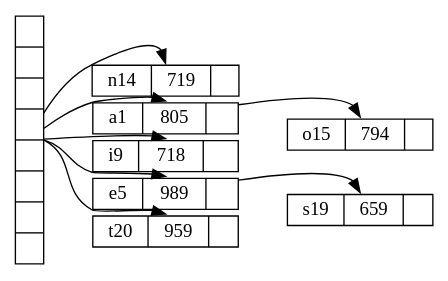
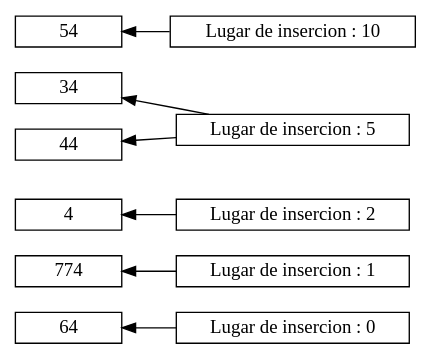
Before and after one commit to SergioMenaQuispe/visualizador: the diagram in hash/hash.dot, drawn with Graphviz. The commit also changed 1 other file, not shown here.

Commit message:
Hash Mejorado (Prince Mariños)

```diff
--- a/hash/hash.dot
+++ b/hash/hash.dot
@@ -1,27 +1,13 @@
-digraph hash {
-nodesep=.05;
-rankdir=LR;
-
-node [shape=record,width=.1,height=.1];
+digraph Hash { 
+ 	rankdir="RL" 
+ 	node [shape=record,width=.1,height=.1]
  
-
-node0 [label = " | | | | | | | ",height=2.0];
-node [width = 1.5];
-node1 [label = "{ n14 | 719 | }"];
-node2 [label = "{ a1 | 805 | }"];
-node3 [label = "{ i9 | 718 | }"];
-node4 [label = "{ e5 | 989 | }"];
-node5 [label = "{ t20 | 959 | }"] ;
-node6 [label = "{ o15 | 794 | }"] ;
-node7 [label = "{ s19 | 659 | }"] ;
-
- 
-node0:f0 -> node1:n;
-node0:f1 -> node2:n;
-node0:f2 -> node3:n;
-node0:f5 -> node4:n;
-node0:f6 -> node5:n;
-node2:p -> node6:n;
-node4:p -> node7:n;
-
-}
+ node [shape=record,width=1.1,height=.1];
+	node0A[label =  " Lugar de insercion : 0 " ,width=1.5]
+ node0A->64	node1A[label =  " Lugar de insercion : 1 " ,width=1.5]
+ node1A->774	node2A[label =  " Lugar de insercion : 2 " ,width=1.5]
+ node2A->4	node5A[label =  " Lugar de insercion : 5 " ,width=1.5]
+ node5A->34	node5A[label =  " Lugar de insercion : 5 " ,width=1.5]
+ node5A->44	node10A[label =  " Lugar de insercion : 10 " ,width=1.5]
+ node10A->54
+node [width = 1.5];}
```
